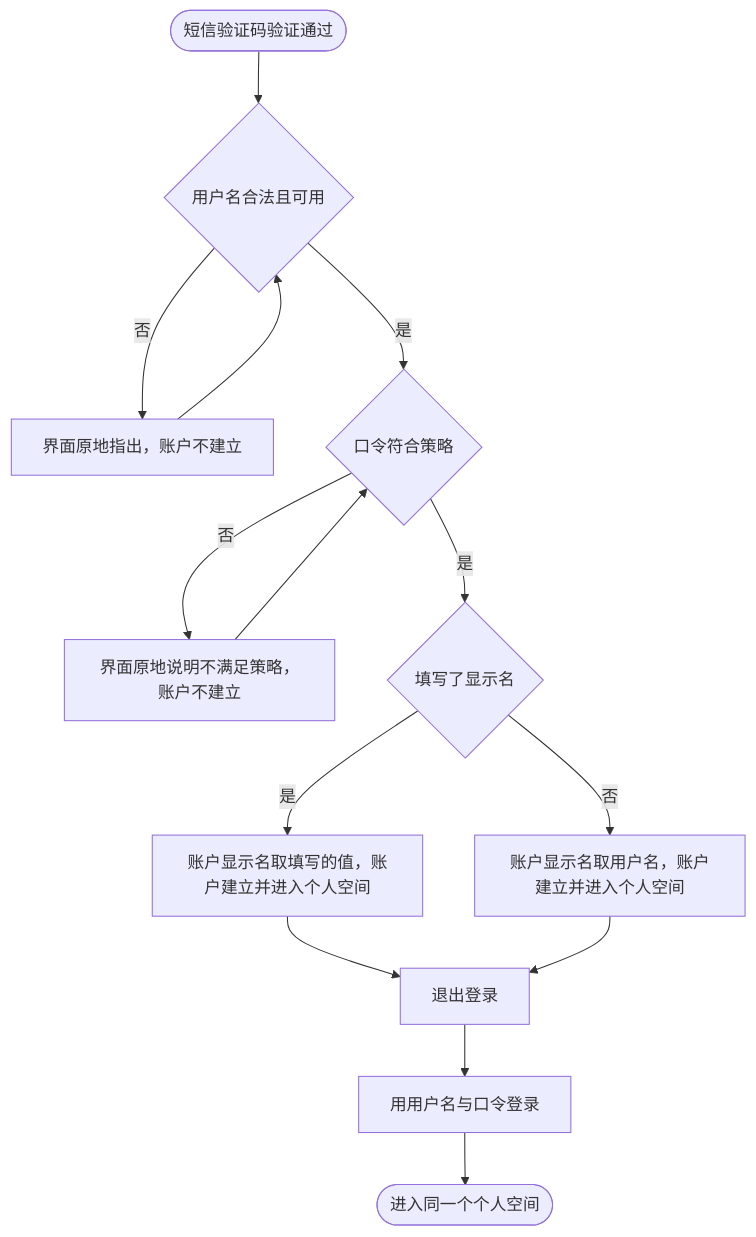
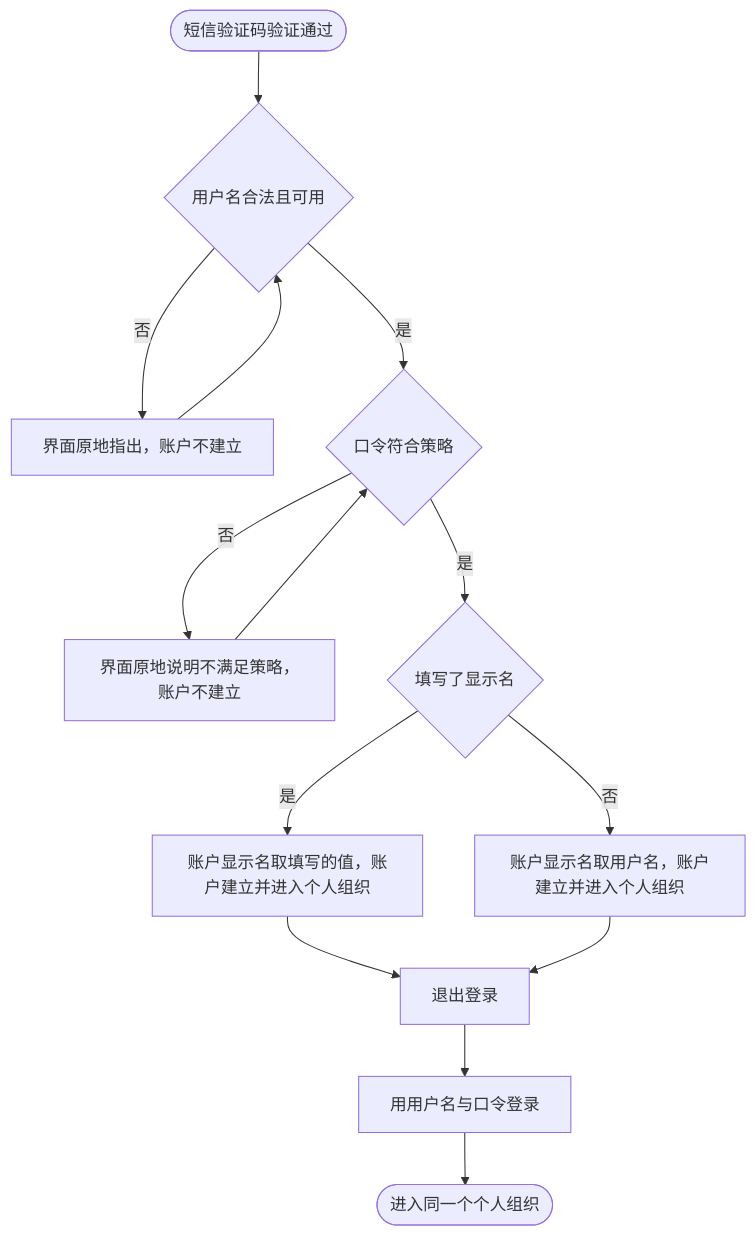
The diagram in docs/prd/journeys/journey-sms-signup-to-password-login.md (wangzw/speed), drawn with Mermaid before and after one commit. The commit also changed other lines of this file and 131 other files, not shown here.

````diff
--- a/docs/prd/journeys/journey-sms-signup-to-password-login.md
+++ b/docs/prd/journeys/journey-sms-signup-to-password-login.md
@@ -44,16 +44,16 @@
 ```mermaid
 flowchart TD
     A([短信验证码验证通过]) --> U{用户名合法且可用}
     U -->|否| R[界面原地指出，账户不建立]
     R --> U
     U -->|是| P{口令符合策略}
     P -->|否| RP[界面原地说明不满足策略，账户不建立]
     RP --> P
     P -->|是| N{填写了显示名}
-    N -->|是| B[账户显示名取填写的值，账户建立并进入个人空间]
-    N -->|否| Q[账户显示名取用户名，账户建立并进入个人空间]
+    N -->|是| B[账户显示名取填写的值，账户建立并进入个人组织]
+    N -->|否| Q[账户显示名取用户名，账户建立并进入个人组织]
     B --> F[退出登录]
     Q --> F
     F --> G[用用户名与口令登录]
-    G --> H([进入同一个个人空间])
+    G --> H([进入同一个个人组织])
 ```
````
